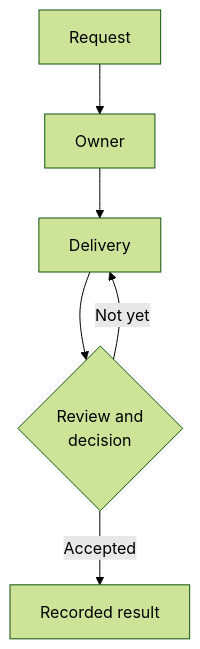
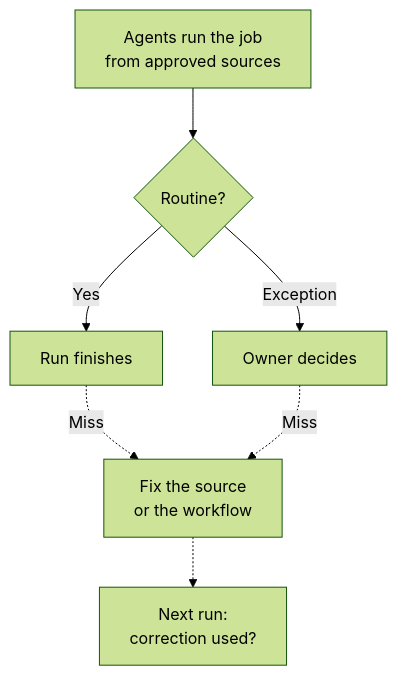
Before and after one commit to ahmadalkabra/maestro-setup: the second of 2 diagrams in README.md, drawn with Mermaid (forest theme). The commit also changed other lines of this file and 2 other files, not shown here.

Commit message:
Tighten the guide and add diagrams for factories, the Brain and setup

````diff
--- a/README.md
+++ b/README.md
@@ -28,8 +61,9 @@
 ```mermaid
 flowchart TD
-    A["Request"] --> B["Owner"]
-    B --> C["Delivery"]
-    C --> D{"Review and<br/>decision"}
-    D -- "Not yet" --> C
-    D -- "Accepted" --> E["Recorded result"]
+    A["Agents run the job<br/>from approved sources"] --> B{"Routine?"}
+    B -- "Yes" --> C["Run finishes"]
+    B -- "Exception" --> D["Owner decides"]
+    C -. "Miss" .-> E["Fix the source<br/>or the workflow"]
+    D -. "Miss" .-> E
+    E -.-> F["Next run:<br/>correction used?"]
 ```
````
